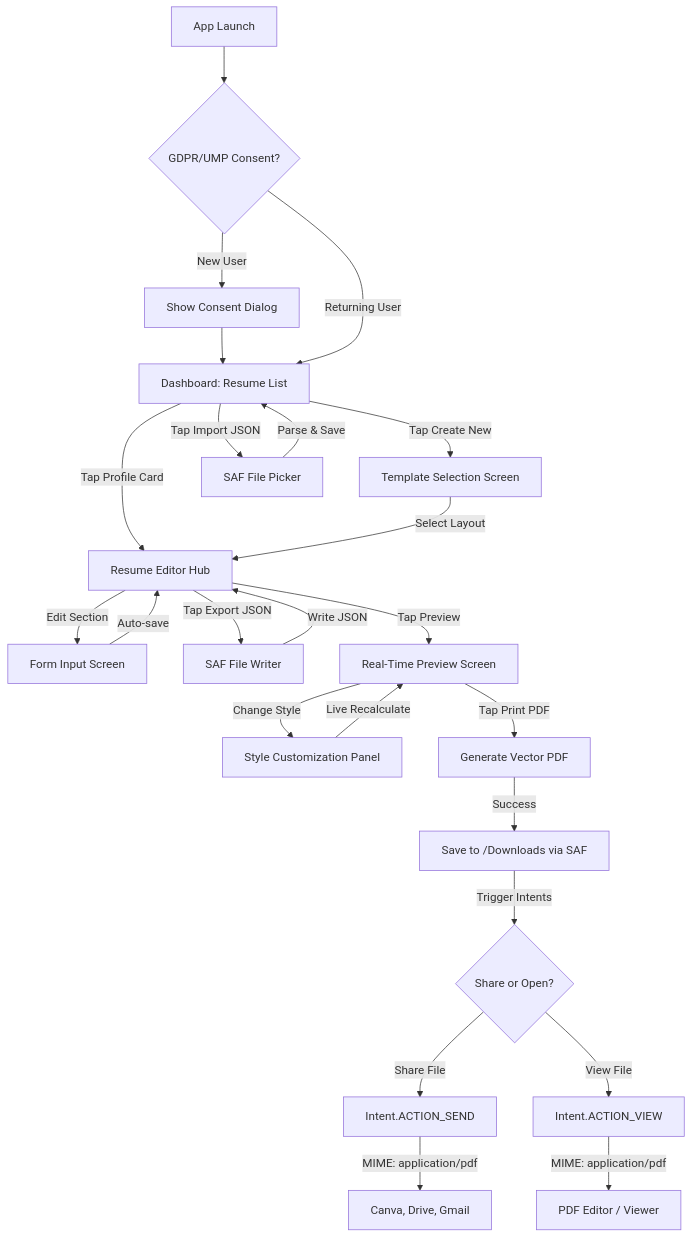
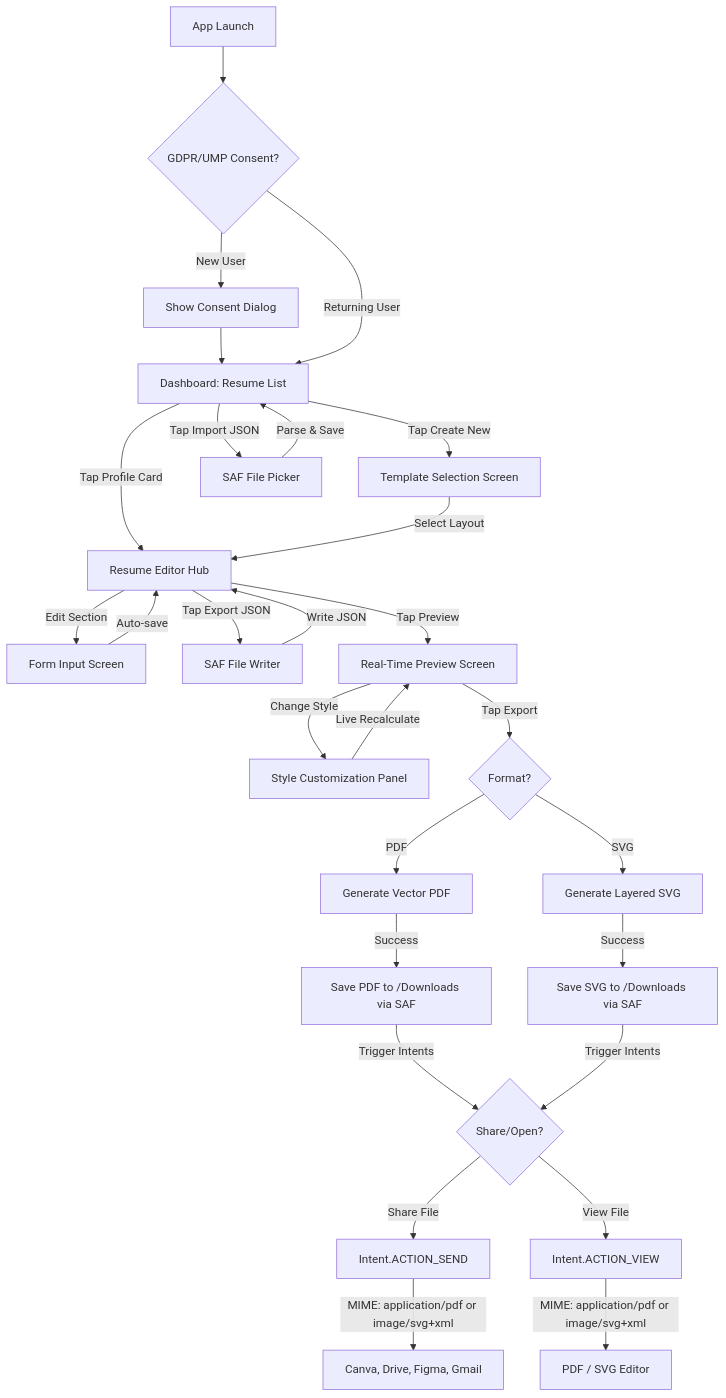
Before and after one commit to Savior-Systems/Savior-Systems-Android-Projects: the diagram in 08. Resume PDF Maker/03.FUNCTIONAL-FLOWS.md, drawn with Mermaid. The commit also changed other lines of this file and 5 other files, not shown here.

Commit message:
feat(resume-maker): add SVG export format and Canva/productivity app editability specifications

````diff
--- a/08. Resume PDF Maker/03.FUNCTIONAL-FLOWS.md
+++ b/08. Resume PDF Maker/03.FUNCTIONAL-FLOWS.md
@@ -7,24 +7,30 @@
 ```mermaid
 flowchart TD
     Launch[App Launch] --> CheckConsent{GDPR/UMP Consent?}
     CheckConsent -->|New User| UMPDialog[Show Consent Dialog] --> Home[Dashboard: Resume List]
     CheckConsent -->|Returning User| Home
     
     Home -->|Tap Create New| TempSelect[Template Selection Screen]
     Home -->|Tap Profile Card| Editor[Resume Editor Hub]
     Home -->|Tap Import JSON| ImportAction[SAF File Picker] -->|Parse & Save| Home
     
     TempSelect -->|Select Layout| Editor
     
     Editor -->|Edit Section| InputForm[Form Input Screen] -->|Auto-save| Editor
     Editor -->|Tap Export JSON| ExportAction[SAF File Writer] -->|Write JSON| Editor
     Editor -->|Tap Preview| PreviewScreen[Real-Time Preview Screen]
     
     PreviewScreen -->|Change Style| StyleConfig[Style Customization Panel] -->|Live Recalculate| PreviewScreen
-    PreviewScreen -->|Tap Print PDF| ExportPDF[Generate Vector PDF]
+    PreviewScreen -->|Tap Export| ExportSelect{Format?}
+    ExportSelect -->|PDF| ExportPDF[Generate Vector PDF]
+    ExportSelect -->|SVG| ExportSVG[Generate Layered SVG]
     
-    ExportPDF -->|Success| SavePDF[Save to /Downloads via SAF]
-    SavePDF -->|Trigger Intents| SystemGate{Share or Open?}
-    SystemGate -->|Share File| IntentSend[Intent.ACTION_SEND] -->|MIME: application/pdf| ExternalApp[Canva, Drive, Gmail]
-    SystemGate -->|View File| IntentView[Intent.ACTION_VIEW] -->|MIME: application/pdf| SystemViewer[PDF Editor / Viewer]
+    ExportPDF -->|Success| SavePDF[Save PDF to /Downloads via SAF]
+    ExportSVG -->|Success| SaveSVG[Save SVG to /Downloads via SAF]
+    
+    SavePDF -->|Trigger Intents| SystemGate{Share/Open?}
+    SaveSVG -->|Trigger Intents| SystemGate
+    
+    SystemGate -->|Share File| IntentSend[Intent.ACTION_SEND] -->|MIME: application/pdf or image/svg+xml| ExternalApp[Canva, Drive, Figma, Gmail]
+    SystemGate -->|View File| IntentView[Intent.ACTION_VIEW] -->|MIME: application/pdf or image/svg+xml| SystemViewer[PDF / SVG Editor]
 ```
````
